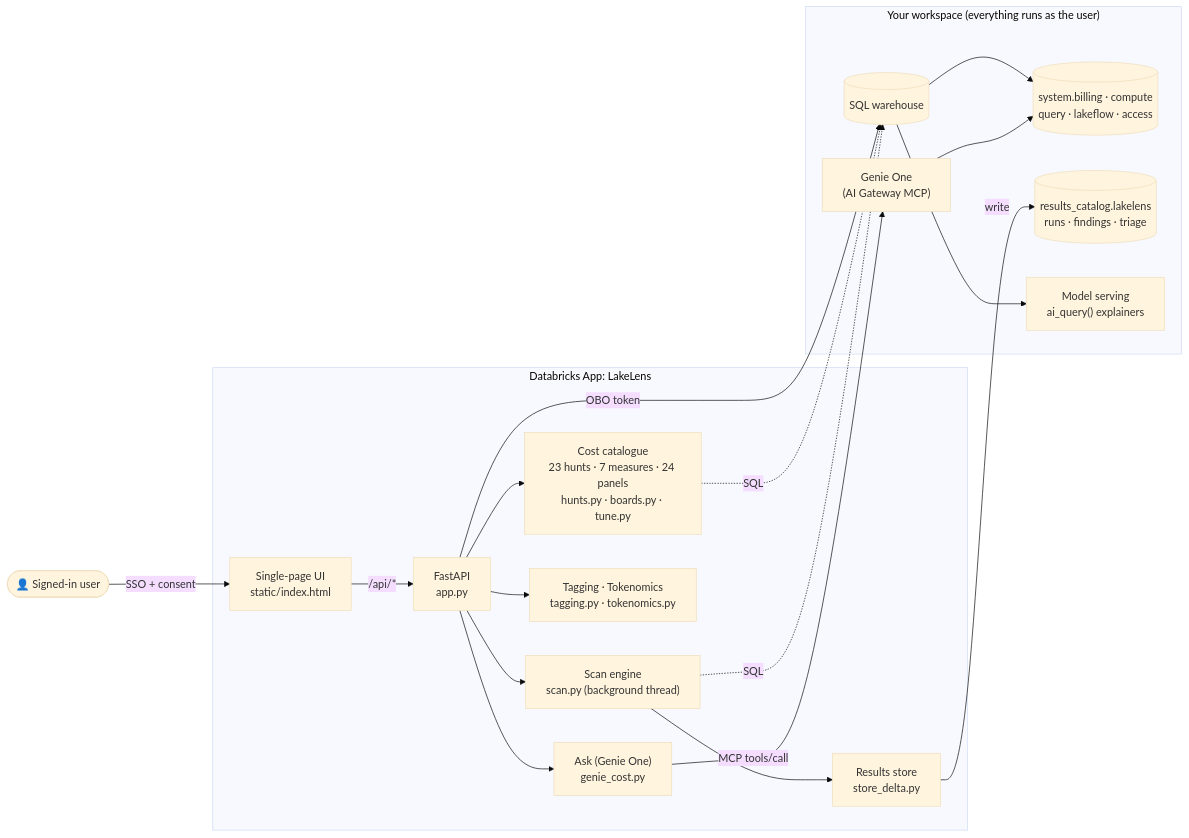
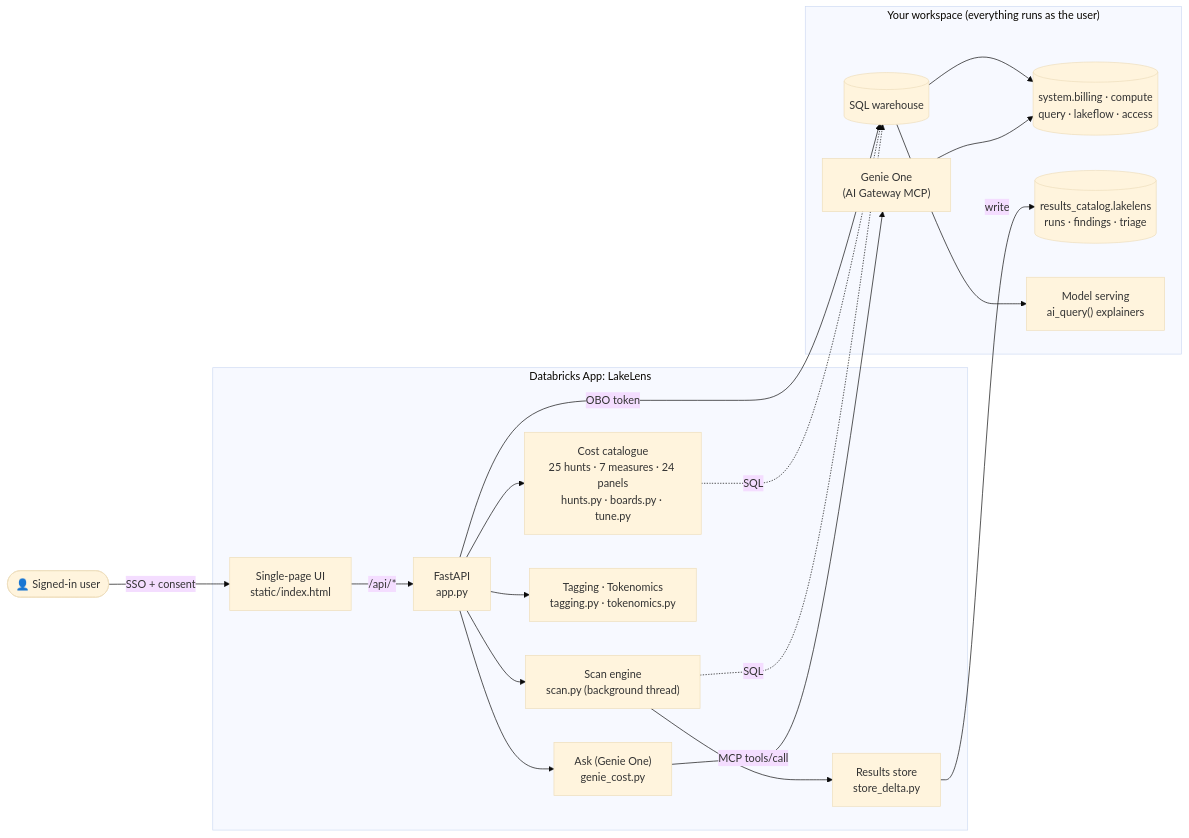
Before and after one commit to danny-db/lakelens: the diagram in README.md, drawn with Mermaid (base theme). The commit also changed other lines of this file and 3 other files, not shown here.

````diff
--- a/README.md
+++ b/README.md
@@ -15,30 +15,30 @@
 ```mermaid
 flowchart LR
     U(["👤 Signed-in user"]) -->|SSO + consent| UI
 
     subgraph APP["Databricks App: LakeLens"]
         UI["Single-page UI<br/>static/index.html"] -->|/api/*| API["FastAPI<br/>app.py"]
-        API --> CAT["Cost catalogue<br/>23 hunts · 7 measures · 24 panels<br/>hunts.py · boards.py · tune.py"]
+        API --> CAT["Cost catalogue<br/>25 hunts · 7 measures · 24 panels<br/>hunts.py · boards.py · tune.py"]
         API --> SCAN["Scan engine<br/>scan.py (background thread)"]
         API --> TOOLS["Tagging · Tokenomics<br/>tagging.py · tokenomics.py"]
         API --> ASK["Ask (Genie One)<br/>genie_cost.py"]
         SCAN --> STORE["Results store<br/>store_delta.py"]
     end
 
     subgraph WS["Your workspace (everything runs as the user)"]
         WH[("SQL warehouse")]
         SYS[("system.billing · compute<br/>query · lakeflow · access")]
         DELTA[("results_catalog.lakelens<br/>runs · findings · triage")]
         FM["Model serving<br/>ai_query() explainers"]
         GENIE["Genie One<br/>(AI Gateway MCP)"]
     end
 
     API -->|OBO token| WH
     CAT -. SQL .-> WH
     SCAN -. SQL .-> WH
     WH --> SYS
     WH --> FM
     STORE -->|write| DELTA
     ASK -->|MCP tools/call| GENIE
     GENIE --> SYS
 ```
````
